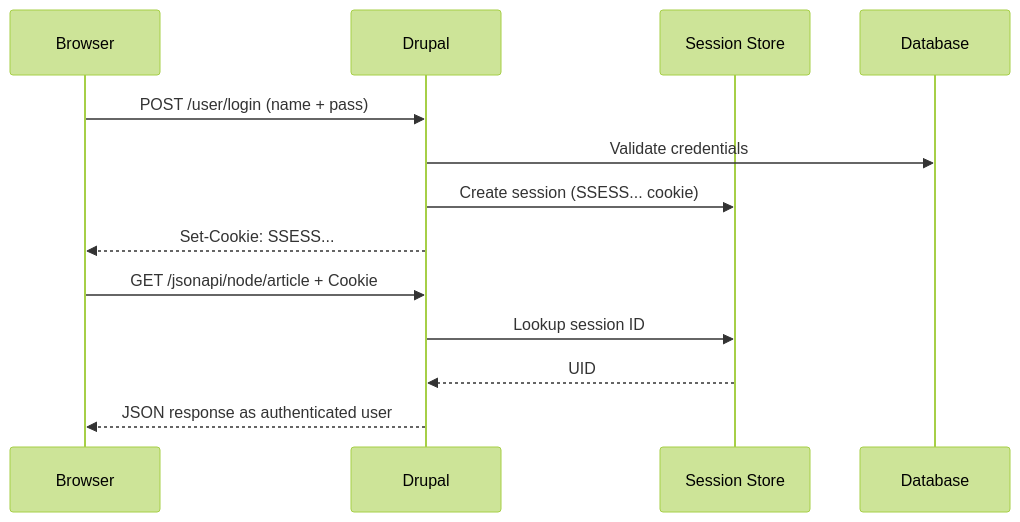
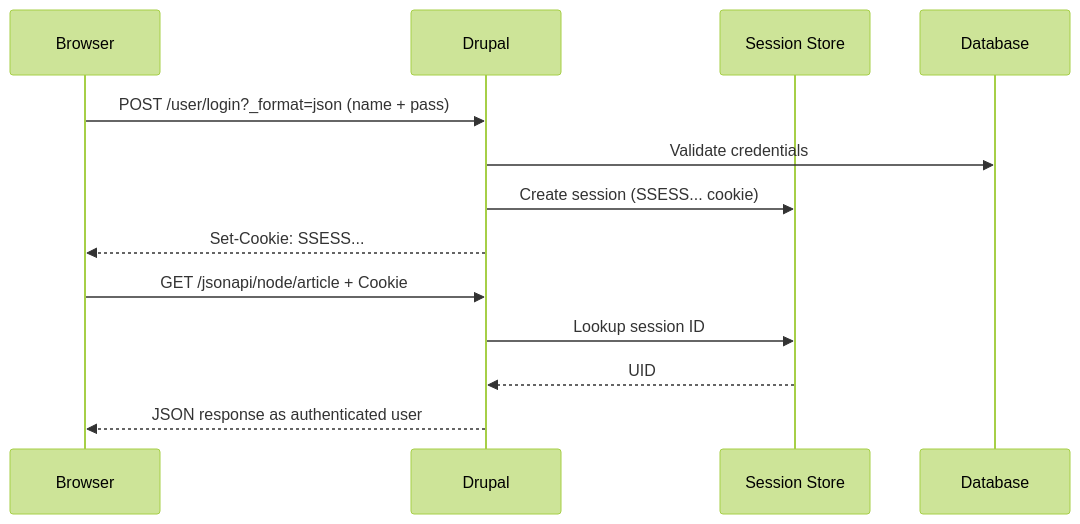
The diagram in docs/headless/auth/session-auth.md (amitmaity/drupal-docs), drawn with Mermaid (forest theme) before and after one commit. The commit also changed other lines of this file and 83 other files, not shown here.

````diff
--- a/docs/headless/auth/session-auth.md
+++ b/docs/headless/auth/session-auth.md
@@ -7,17 +7,17 @@
 ```mermaid
 sequenceDiagram
     participant Browser
     participant Drupal
     participant Session as Session Store
     participant DB as Database
 
-    Browser->>Drupal: POST /user/login (name + pass)
+    Browser->>Drupal: POST /user/login?_format=json (name + pass)
     Drupal->>DB: Validate credentials
     Drupal->>Session: Create session (SSESS... cookie)
     Drupal-->>Browser: Set-Cookie: SSESS...
 
   Browser->>Drupal: GET /jsonapi/node/article + Cookie
     Drupal->>Session: Lookup session ID
     Session-->>Drupal: UID
     Drupal-->>Browser: JSON response as authenticated user
 ```
````
